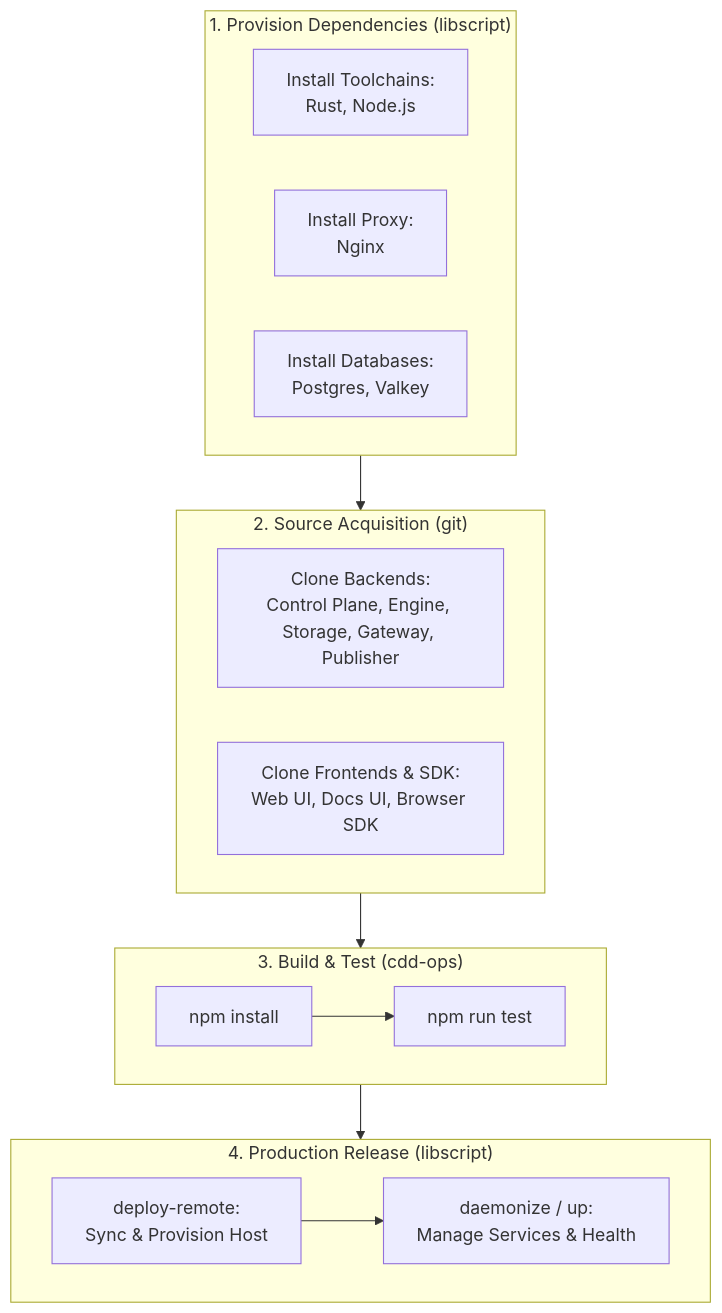
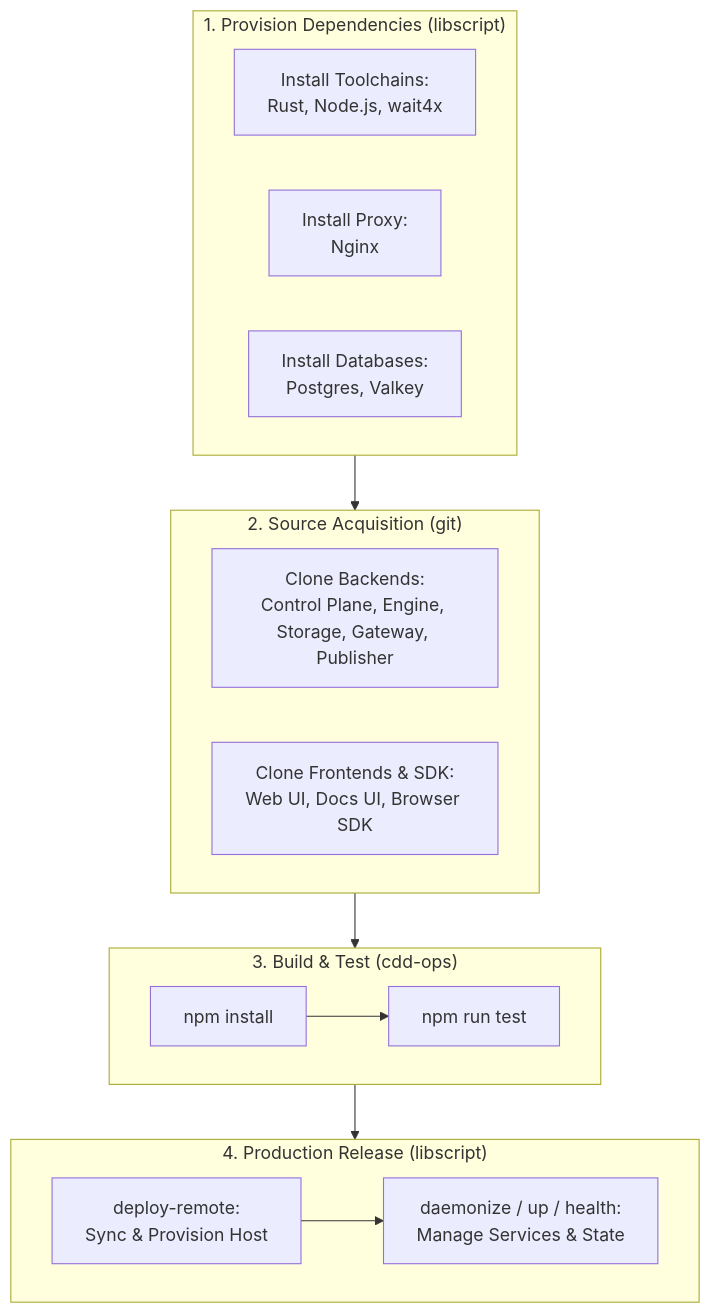
The second of 2 diagrams in docs/deploy_with_libscript.md (SamuelMarks/cdd-ops), drawn with Mermaid before and after one commit. The commit also changed other lines of this file and 12 other files, not shown here.

````diff
--- a/docs/deploy_with_libscript.md
+++ b/docs/deploy_with_libscript.md
@@ -42,29 +42,29 @@
 ```mermaid
 flowchart TD
     subgraph Phase1 ["1. Provision Dependencies (libscript)"]
-        A1[Install Toolchains:<br/>Rust, Node.js]
+        A1[Install Toolchains:<br/>Rust, Node.js, wait4x]
         A2[Install Proxy:<br/>Nginx]
         A3[Install Databases:<br/>Postgres, Valkey]
     end
 
     subgraph Phase2 ["2. Source Acquisition (git)"]
         B1[Clone Backends:<br/>Control Plane, Engine, Storage, Gateway, Publisher]
         B2[Clone Frontends & SDK:<br/>Web UI, Docs UI, Browser SDK]
     end
 
     subgraph Phase3 ["3. Build & Test (cdd-ops)"]
         C1[npm install]
         C2[npm run test]
         C1 --> C2
     end
 
     subgraph Phase4 ["4. Production Release (libscript)"]
         D1[deploy-remote:<br/>Sync & Provision Host]
-        D2[daemonize / up:<br/>Manage Services & Health]
+        D2[daemonize / up / health:<br/>Manage Services & State]
         D1 --> D2
     end
 
     Phase1 --> Phase2
     Phase2 --> Phase3
     Phase3 --> Phase4
 ```
````
